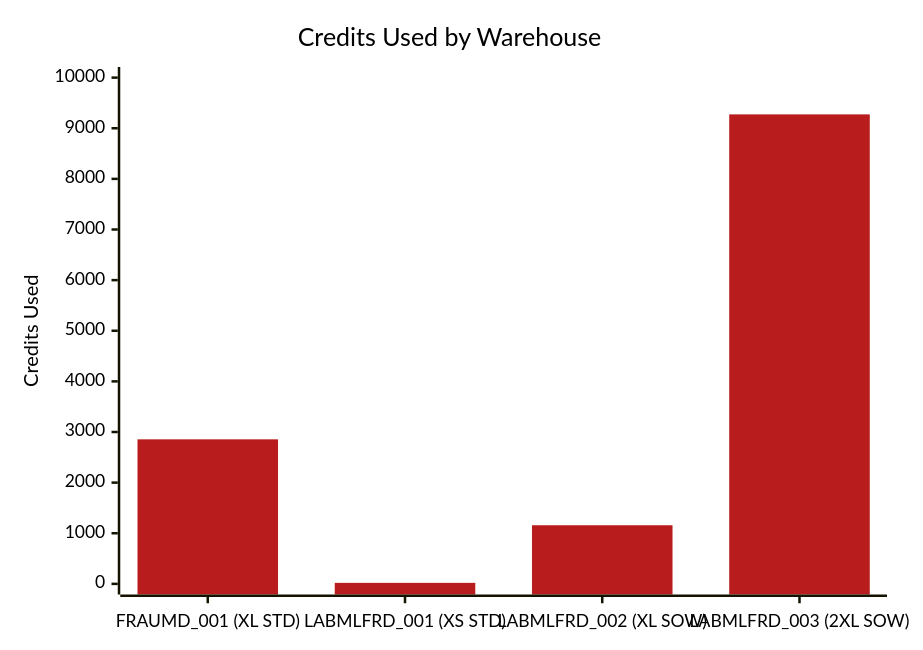
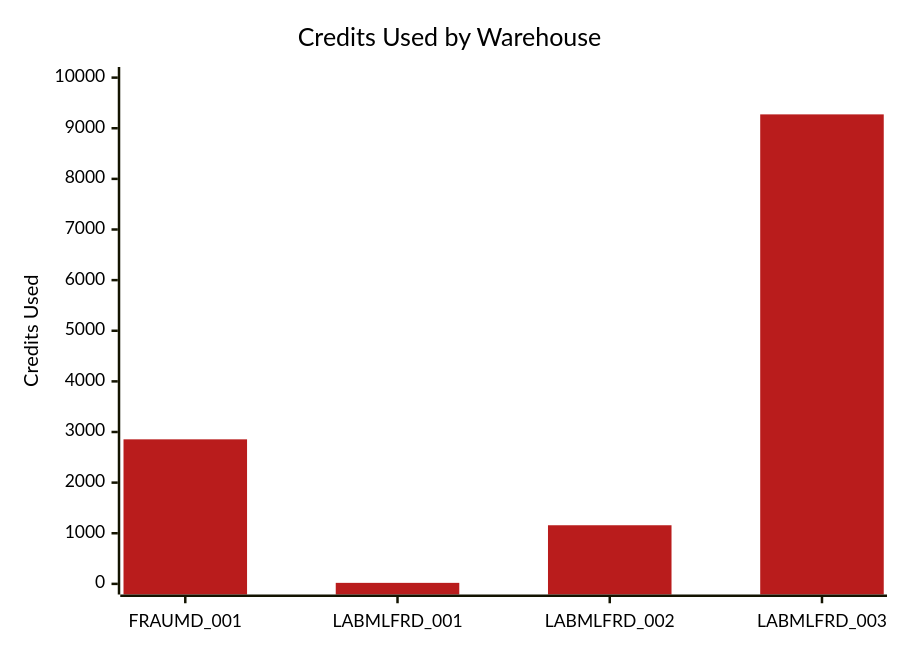
The third of 9 diagrams in WH Analysis/FRAUMD_Warehouse_Analysis_Guide.md (sfc-gh-mhindi/REPO_CBA), drawn with Mermaid before and after one commit. The commit also changed other lines of this file, not shown here.

First line of the commit message:
Shortened x-axis labels in bar charts to prevent overlapping

````diff
--- a/WH Analysis/FRAUMD_Warehouse_Analysis_Guide.md
+++ b/WH Analysis/FRAUMD_Warehouse_Analysis_Guide.md
@@ -124,8 +124,8 @@
 ```mermaid
 %%{init: {'theme':'base', 'themeVariables': { 'primaryColor': '#b91c1c', 'primaryTextColor': '#000000', 'primaryBorderColor': '#991b1b', 'lineColor': '#000000', 'secondaryColor': '#059669', 'tertiaryColor': '#fef2f2', 'background': '#ffffff', 'fontFamily': 'Arial', 'xyChart': {'backgroundColor': '#ffffff', 'titleColor': '#000000', 'xAxisTitleColor': '#000000', 'xAxisLabelColor': '#000000', 'yAxisTitleColor': '#000000', 'yAxisLabelColor': '#000000', 'plotColorPalette': '#b91c1c,#7c3aed,#1e40af,#059669'}}}}%%
 xychart-beta
     title "Credits Used by Warehouse"
-    x-axis ["FRAUMD_001 (XL STD)", "LABMLFRD_001 (XS STD)", "LABMLFRD_002 (XL SOW)", "LABMLFRD_003 (2XL SOW)"]
+    x-axis ["FRAUMD_001", "LABMLFRD_001", "LABMLFRD_002", "LABMLFRD_003"]
     y-axis "Credits Used" 0 --> 10000
     bar "Credits" [2855, 20, 1158, 9274]
 ```
````
